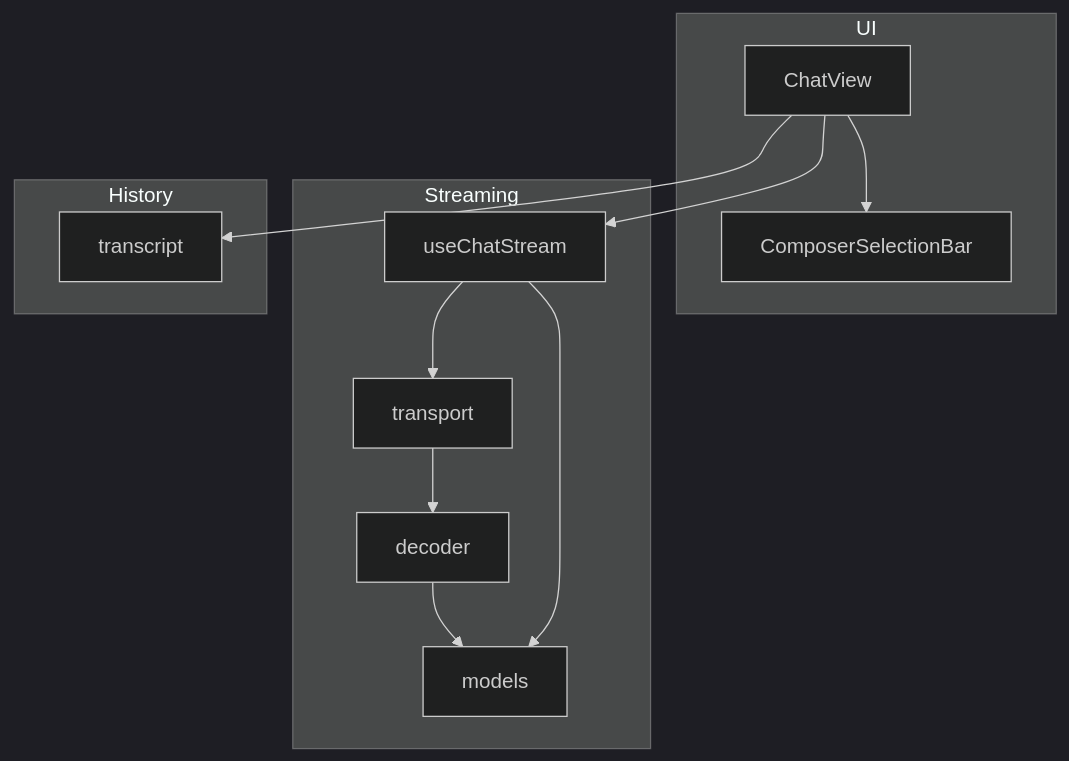
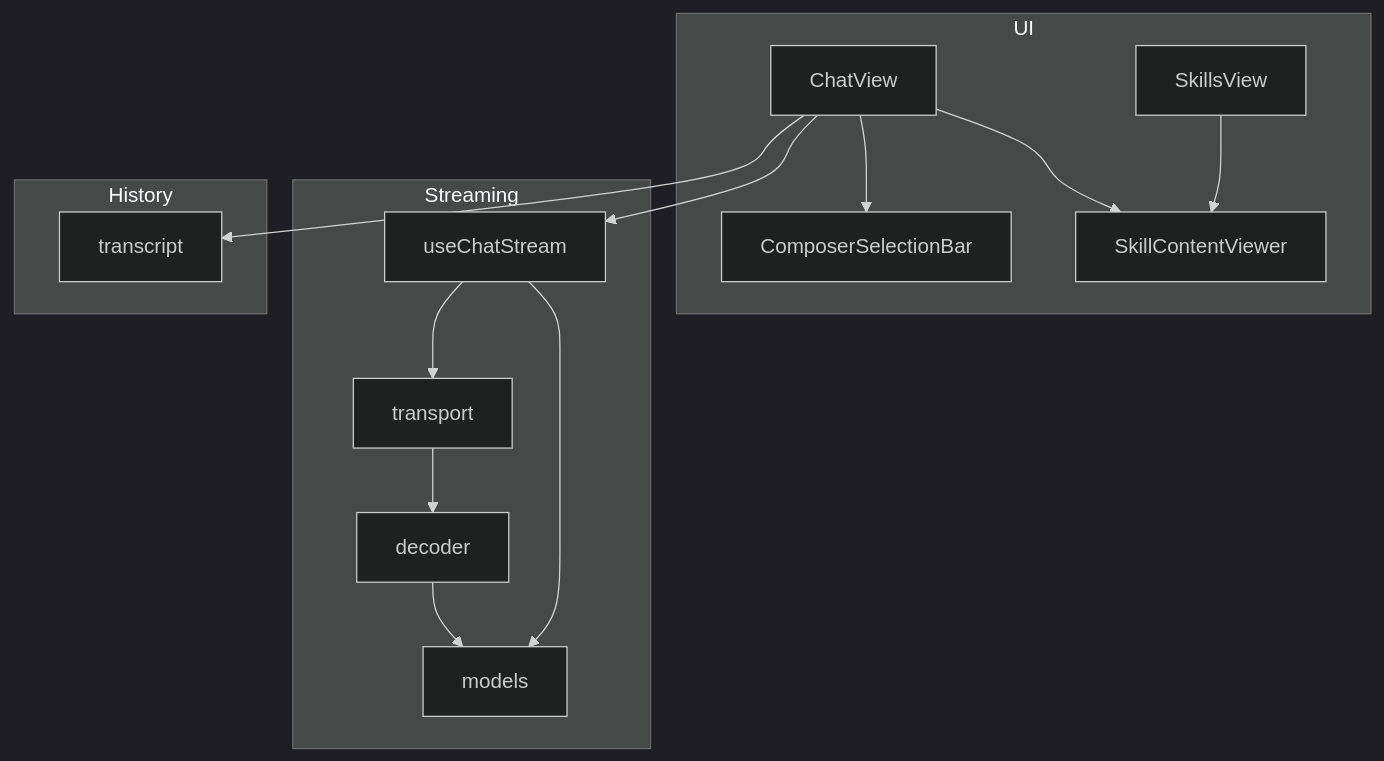
One commit to metasync/luban-aiops changed the first of 8 diagrams in .qoder/repowiki/en/content/Operator Portal/Chat Interface/Chat Interface.md. Above: the diagram before and after it, drawn with Mermaid (dark theme). The commit also changed other lines of this file and 242 other files, not shown here.

````diff
--- a/.qoder/repowiki/en/content/Operator Portal/Chat Interface/Chat Interface.md
+++ b/.qoder/repowiki/en/content/Operator Portal/Chat Interface/Chat Interface.md
@@ -40,23 +53,27 @@
 ```mermaid
 graph TB
 subgraph "UI"
 CV["ChatView"]
 CSB["ComposerSelectionBar"]
+SCV["SkillContentViewer"]
+SV["SkillsView"]
 end
 subgraph "Streaming"
 UCS["useChatStream"]
 TR["transport"]
 DEC["decoder"]
 MOD["models"]
 end
 subgraph "History"
 TRN["transcript"]
 end
 CV --> UCS
 CV --> CSB
+CV --> SCV
+SV --> SCV
 CV --> TRN
 UCS --> TR
 TR --> DEC
 DEC --> MOD
 UCS --> MOD
 ```
````
